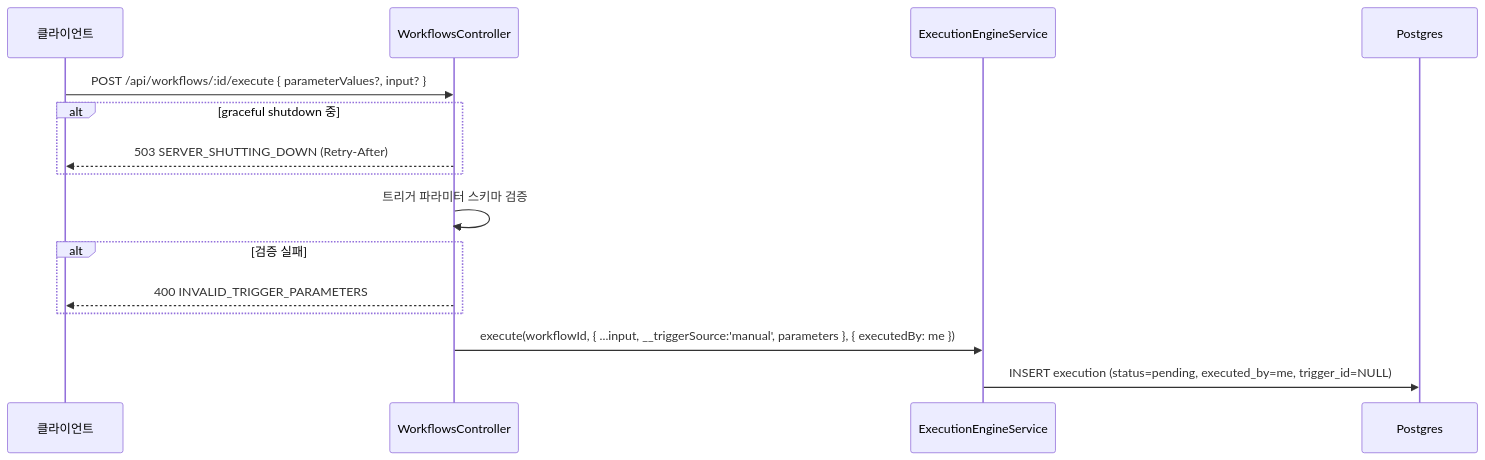
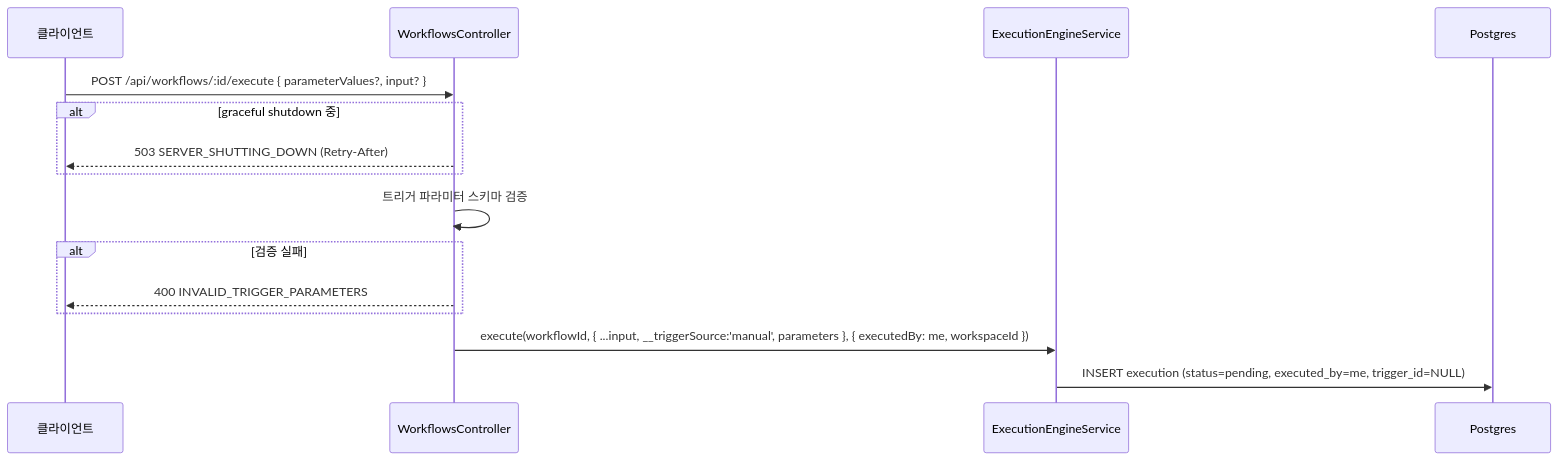
The second of 6 diagrams in spec/CLE-TRIG/CLE-TRIG-DATA.md (worker-ants/clemvion), drawn with Mermaid before and after one commit. The commit also changed other lines of this file and 31 other files, not shown here.

First line of the commit message:
저장된 트리거 · 스케줄이 다른 워크스페이스의 워크플로우를 실행하지 못하게 한다 (CLE-T-XYR067) (#1495)

````diff
--- a/spec/CLE-TRIG/CLE-TRIG-DATA.md
+++ b/spec/CLE-TRIG/CLE-TRIG-DATA.md
@@ -208,17 +208,17 @@
 ```mermaid
 sequenceDiagram
     participant C as 클라이언트
     participant Ctl as WorkflowsController
     participant Eng as ExecutionEngineService
     participant PG as Postgres
     C->>Ctl: POST /api/workflows/:id/execute { parameterValues?, input? }
     alt graceful shutdown 중
         Ctl-->>C: 503 SERVER_SHUTTING_DOWN (Retry-After)
     end
     Ctl->>Ctl: 트리거 파라미터 스키마 검증
     alt 검증 실패
         Ctl-->>C: 400 INVALID_TRIGGER_PARAMETERS
     end
-    Ctl->>Eng: execute(workflowId, { ...input, __triggerSource:'manual', parameters }, { executedBy: me })
+    Ctl->>Eng: execute(workflowId, { ...input, __triggerSource:'manual', parameters }, { executedBy: me, workspaceId })
     Eng->>PG: INSERT execution (status=pending, executed_by=me, trigger_id=NULL)
 ```
````
